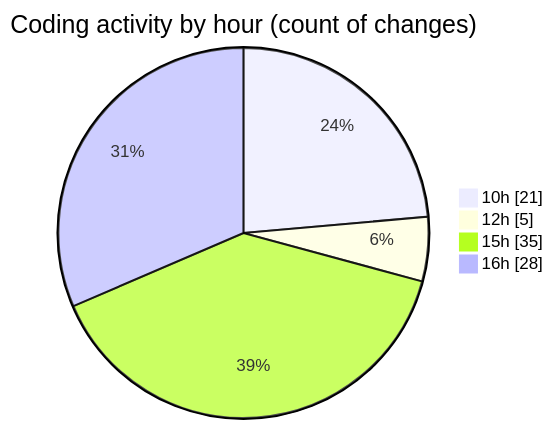
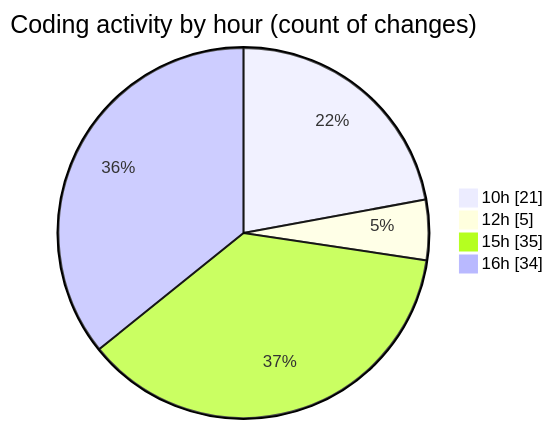
Before and after one commit to momahboobian/code-tracking: the second of 2 diagrams in 2025-08-27/cda/README.md, drawn with Mermaid. The commit also changed other lines of this file and 1 other file, not shown here.

````diff
--- a/2025-08-27/cda/README.md
+++ b/2025-08-27/cda/README.md
@@ -39,8 +40,8 @@
 ```mermaid
 pie showData
 title Coding activity by hour (count of changes)
 "10h" : 21
 "12h" : 5
 "15h" : 35
-"16h" : 28
+"16h" : 34
 ```
````
